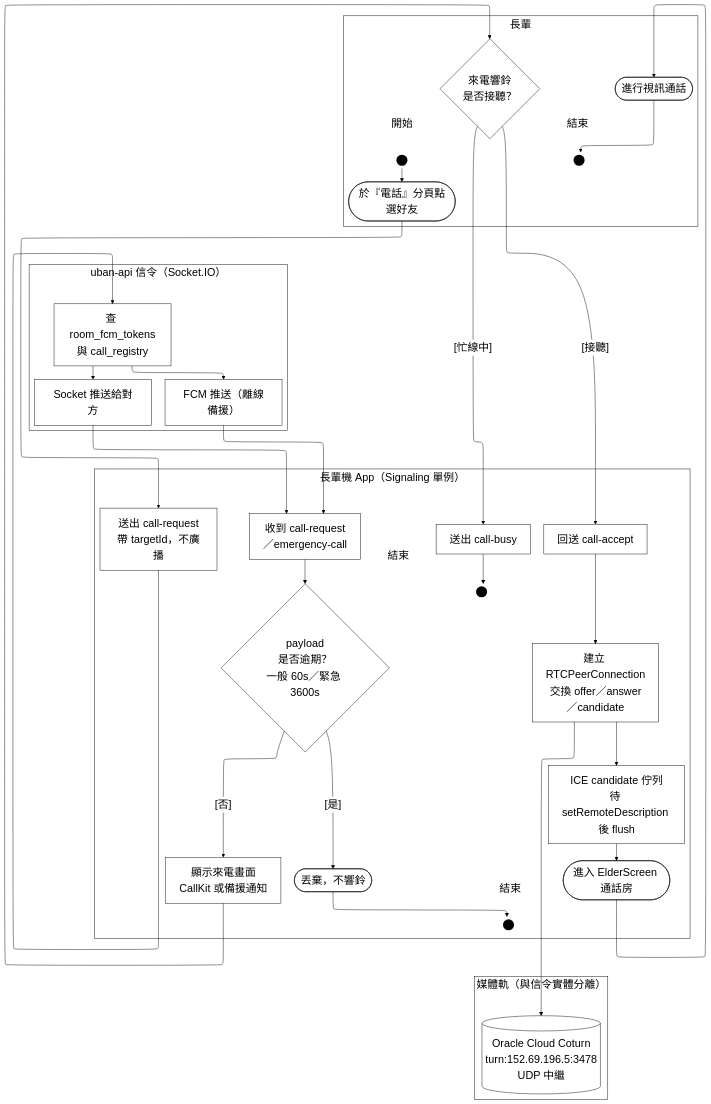
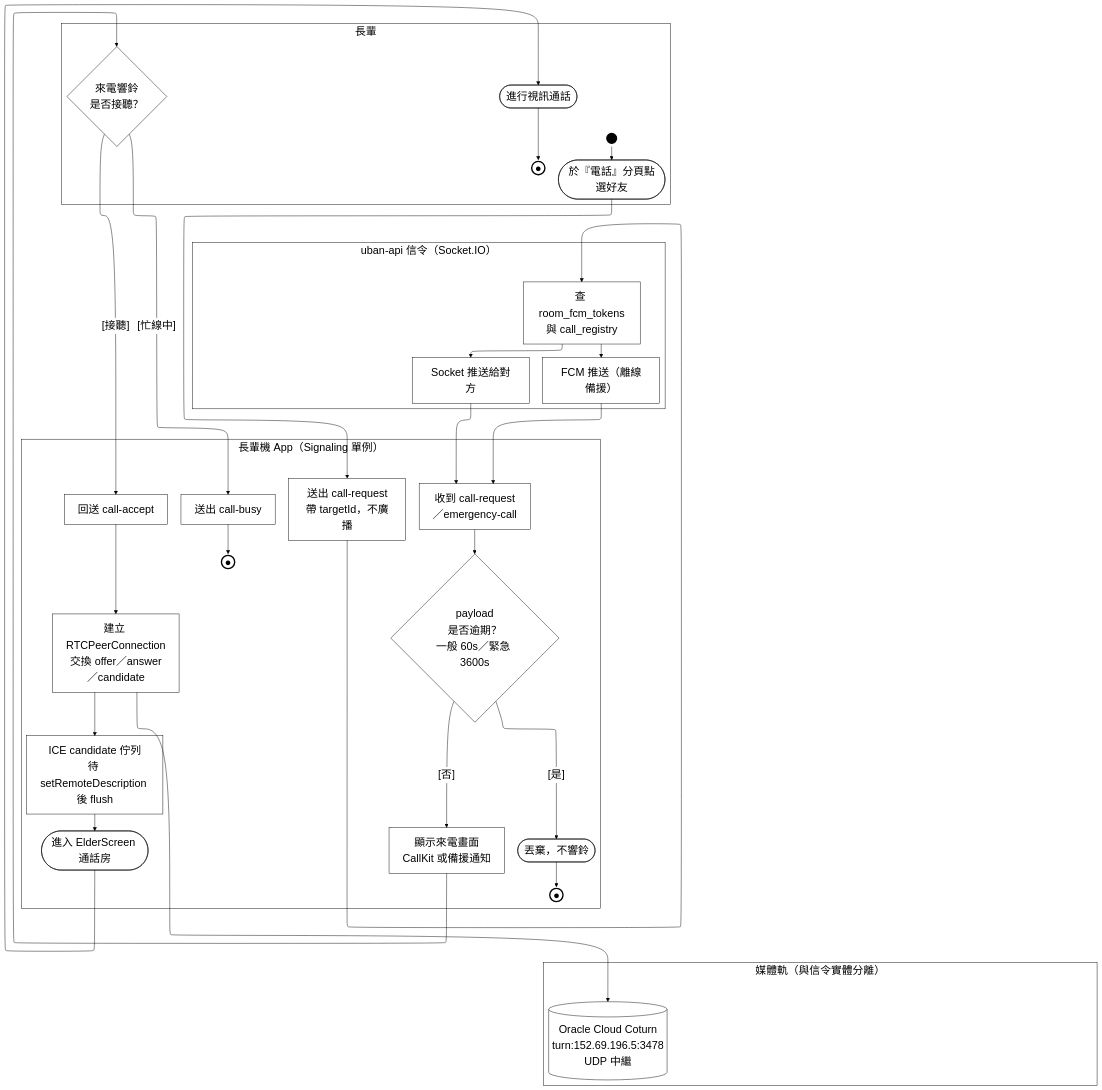
Before and after one commit to HuangYu-Kai/Uban: the diagram in Uban System Documents/mermaid原始碼/A04-長輩通訊.mmd, drawn with Mermaid. The commit also changed 87 other files, not shown here.

First line of the commit message:
圖表：全面改用 draw.io 取代 mermaid，並把 113 個純英文節點改成英中對照

```diff
--- a/Uban System Documents/mermaid原始碼/A04-長輩通訊.mmd
+++ b/Uban System Documents/mermaid原始碼/A04-長輩通訊.mmd
@@ -1,69 +1,65 @@
-%%{init:{"layout":"elk","elk":{"mergeEdges":false},"flowchart":{"htmlLabels":true},"themeVariables":{"clusterBkg":"#FFFFFF","clusterBorder":"#000000","edgeLabelBackground":"#FFFFFF","textColor":"#000000","nodeTextColor":"#000000","titleColor":"#000000","lineColor":"#000000","fontSize":"24px"}}}%%
+%%{init:{"layout":"elk","elk":{"mergeEdges":false,"nodePlacementStrategy":"NETWORK_SIMPLEX"},"flowchart":{"htmlLabels":true},"themeVariables":{"clusterBkg":"#FFFFFF","clusterBorder":"#000000","edgeLabelBackground":"#FFFFFF","textColor":"#000000","nodeTextColor":"#000000","titleColor":"#000000","lineColor":"#000000","fontSize":"24px"}}}%%
 flowchart TD
   subgraph ROLE["長輩"]
-    LS_S1["開始"]:::lbl
+    PAD_ROLE["&nbsp;&nbsp;&nbsp;&nbsp;&nbsp;&nbsp;&nbsp;&nbsp;&nbsp;&nbsp;&nbsp;&nbsp;&nbsp;&nbsp;&nbsp;&nbsp;&nbsp;&nbsp;&nbsp;&nbsp;&nbsp;&nbsp;&nbsp;&nbsp;&nbsp;&nbsp;&nbsp;&nbsp;&nbsp;&nbsp;&nbsp;&nbsp;&nbsp;&nbsp;&nbsp;&nbsp;&nbsp;&nbsp;&nbsp;&nbsp;&nbsp;&nbsp;&nbsp;&nbsp;&nbsp;&nbsp;&nbsp;&nbsp;&nbsp;&nbsp;&nbsp;&nbsp;&nbsp;&nbsp;&nbsp;&nbsp;&nbsp;&nbsp;&nbsp;&nbsp;&nbsp;&nbsp;&nbsp;&nbsp;&nbsp;&nbsp;&nbsp;&nbsp;&nbsp;&nbsp;&nbsp;&nbsp;&nbsp;&nbsp;&nbsp;&nbsp;&nbsp;&nbsp;&nbsp;&nbsp;&nbsp;&nbsp;&nbsp;&nbsp;&nbsp;&nbsp;&nbsp;&nbsp;&nbsp;&nbsp;&nbsp;&nbsp;&nbsp;"]:::pad
     ST_S1(("&nbsp;")):::term
     S1([於『電話』分頁點選好友]):::act
     S2{"來電響鈴<br/>是否接聽？"}:::dec
     S3(["進行視訊通話"]):::act
-    LE_S3["結束"]:::lbl
-    EN_S3(("&nbsp;")):::term
+    EN_S3(("●")):::endterm
   end
   subgraph FE["長輩機 App（Signaling 單例）"]
     A1["送出 call-request<br/>帶 targetId，不廣播"]:::act
     A2["收到 call-request<br/>／emergency-call"]:::act
     A3{"payload<br/>是否逾期？<br/>一般 60s／緊急 3600s"}:::dec
     A4["顯示來電畫面<br/>CallKit 或備援通知"]:::act
     A5["回送 call-accept"]:::act
     A6["建立 RTCPeerConnection<br/>交換 offer／answer／candidate"]:::act
     A7["ICE candidate 佇列<br/>待 setRemoteDescription 後 flush"]:::act
     A8(["進入 ElderScreen 通話房"]):::act
     A9["送出 call-busy"]:::act
-    LE_A9["結束"]:::lbl
-    EN_A9(("&nbsp;")):::term
+    EN_A9(("●")):::endterm
     D1(["丟棄，不響鈴"]):::act
-    LE_D1["結束"]:::lbl
-    EN_D1(("&nbsp;")):::term
+    EN_D1(("●")):::endterm
   end
   subgraph BE["uban-api 信令（Socket.IO）"]
+    PAD_BE["&nbsp;&nbsp;&nbsp;&nbsp;&nbsp;&nbsp;&nbsp;&nbsp;&nbsp;&nbsp;&nbsp;&nbsp;&nbsp;&nbsp;&nbsp;&nbsp;&nbsp;&nbsp;&nbsp;&nbsp;&nbsp;&nbsp;&nbsp;&nbsp;&nbsp;&nbsp;&nbsp;&nbsp;&nbsp;&nbsp;&nbsp;&nbsp;&nbsp;&nbsp;&nbsp;&nbsp;&nbsp;&nbsp;&nbsp;&nbsp;&nbsp;&nbsp;&nbsp;&nbsp;&nbsp;&nbsp;&nbsp;&nbsp;&nbsp;&nbsp;&nbsp;&nbsp;&nbsp;&nbsp;&nbsp;&nbsp;&nbsp;&nbsp;&nbsp;&nbsp;&nbsp;&nbsp;&nbsp;&nbsp;&nbsp;&nbsp;&nbsp;&nbsp;&nbsp;&nbsp;&nbsp;&nbsp;&nbsp;&nbsp;&nbsp;&nbsp;&nbsp;&nbsp;&nbsp;&nbsp;&nbsp;&nbsp;&nbsp;&nbsp;&nbsp;&nbsp;&nbsp;&nbsp;&nbsp;&nbsp;&nbsp;&nbsp;&nbsp;&nbsp;&nbsp;"]:::pad
     B1["查 room_fcm_tokens<br/>與 call_registry"]:::act
     B2["Socket 推送給對方"]:::act
     B3["FCM 推送（離線備援）"]:::act
   end
   subgraph NET["媒體軌（與信令實體分離）"]
+    PAD_NET["&nbsp;&nbsp;&nbsp;&nbsp;&nbsp;&nbsp;&nbsp;&nbsp;&nbsp;&nbsp;&nbsp;&nbsp;&nbsp;&nbsp;&nbsp;&nbsp;&nbsp;&nbsp;&nbsp;&nbsp;&nbsp;&nbsp;&nbsp;&nbsp;&nbsp;&nbsp;&nbsp;&nbsp;&nbsp;&nbsp;&nbsp;&nbsp;&nbsp;&nbsp;&nbsp;&nbsp;&nbsp;&nbsp;&nbsp;&nbsp;&nbsp;&nbsp;&nbsp;&nbsp;&nbsp;&nbsp;&nbsp;&nbsp;&nbsp;&nbsp;&nbsp;&nbsp;&nbsp;&nbsp;&nbsp;&nbsp;&nbsp;&nbsp;&nbsp;&nbsp;&nbsp;&nbsp;&nbsp;&nbsp;&nbsp;&nbsp;&nbsp;&nbsp;&nbsp;&nbsp;&nbsp;&nbsp;&nbsp;&nbsp;&nbsp;&nbsp;&nbsp;&nbsp;&nbsp;&nbsp;&nbsp;&nbsp;&nbsp;&nbsp;&nbsp;&nbsp;&nbsp;&nbsp;&nbsp;&nbsp;&nbsp;&nbsp;&nbsp;&nbsp;&nbsp;&nbsp;&nbsp;&nbsp;&nbsp;&nbsp;&nbsp;&nbsp;&nbsp;&nbsp;&nbsp;&nbsp;&nbsp;&nbsp;&nbsp;&nbsp;&nbsp;&nbsp;&nbsp;&nbsp;&nbsp;&nbsp;&nbsp;&nbsp;&nbsp;&nbsp;&nbsp;&nbsp;&nbsp;&nbsp;&nbsp;&nbsp;&nbsp;&nbsp;"]:::pad
     M1[("Oracle Cloud Coturn<br/>turn:152.69.196.5:3478<br/>UDP 中繼")]:::act
   end
 
-  LS_S1 ~~~ ST_S1
   ST_S1 --> S1
   S1 --> A1
   A1 --> B1
   B1 --> B2
   B1 --> B3
   B2 --> A2
   B3 --> A2
   A2 --> A3
   A3 -->|"[是]"| D1
   A3 -->|"[否]"| A4
   A4 --> S2
   S2 -->|"[忙線中]"| A9
   S2 -->|"[接聽]"| A5
   A5 --> A6
   A6 --> A7
   A7 --> A8
   A8 --> S3
   A6 --> M1
   S3 --> EN_S3
-  LE_S3 ~~~ EN_S3
   A9 --> EN_A9
-  LE_A9 ~~~ EN_A9
   D1 --> EN_D1
-  LE_D1 ~~~ EN_D1
   %% 鎖住泳道順序：ELK 不照宣告順序排，沒有這條鏈後端會跑到最上面
   ROLE ~~~ FE ~~~ BE ~~~ NET
 
+  classDef pad  fill:none,stroke:none,color:#FFFFFF
   classDef act  fill:#FFFFFF,stroke:#000000,stroke-width:1px,color:#000000
   classDef dec  fill:#FFFFFF,stroke:#000000,stroke-width:1px,color:#000000
   classDef term fill:#000000,stroke:#000000,stroke-width:3px,color:#000000
+  classDef endterm fill:#FFFFFF,stroke:#000000,stroke-width:3px,color:#000000
   classDef gap  fill:#FFFFFF,stroke:#000000,stroke-width:1px,color:#000000,stroke-dasharray:4 3
-  classDef lbl  fill:none,stroke:none,color:#000000
```
